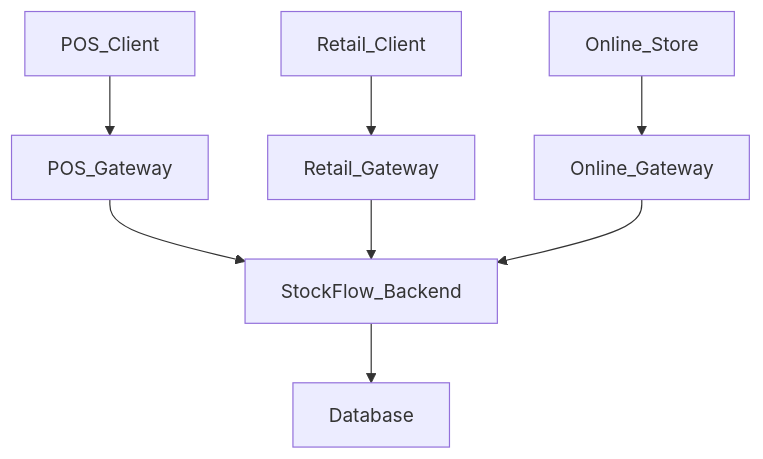
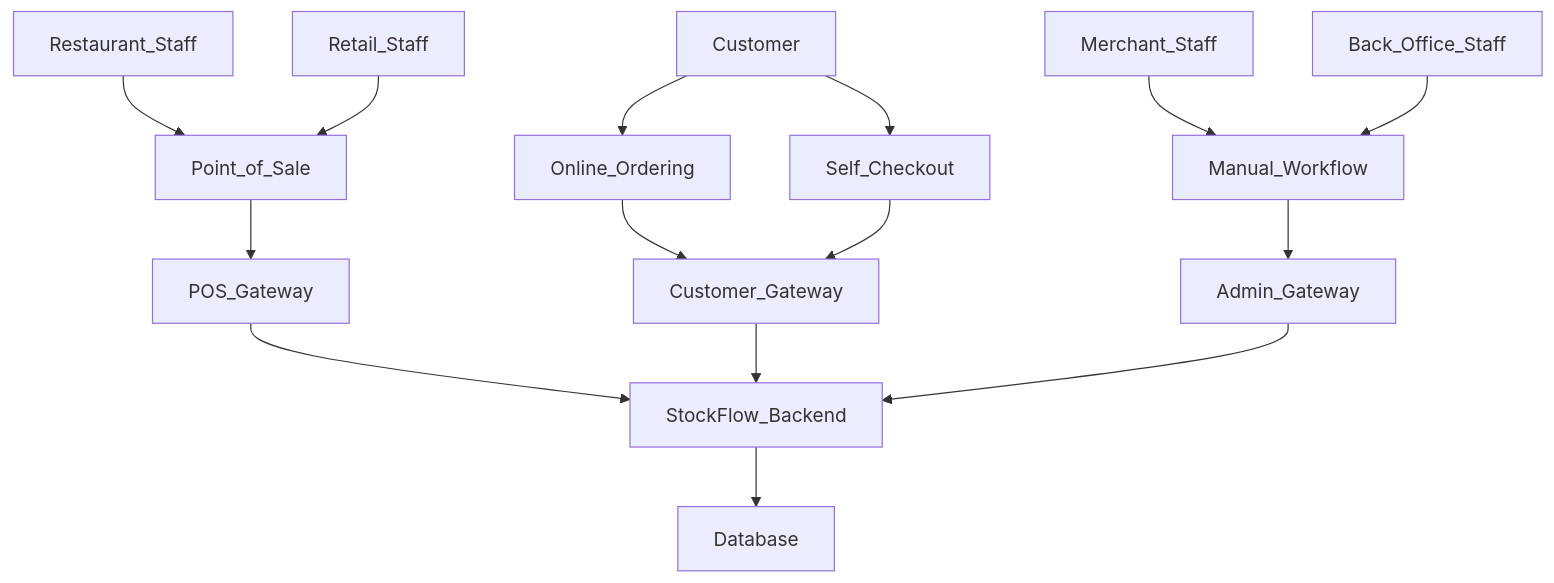
The diagram in README.md (va4815/stockflow-docs), drawn with Mermaid before and after one commit. The commit also changed other lines of this file and 2 other files, not shown here.

Commit message:
docs: updated user workflows and gateway design

````diff
--- a/README.md
+++ b/README.md
@@ -22,11 +22,19 @@
 ```mermaid
   flowchart TD;
-    POS_Client --> POS_Gateway;
-    Retail_Client --> Retail_Gateway;
-    Online_Store --> Online_Gateway;
+    Restaurant_Staff --> Point_of_Sale;
+    Retail_Staff --> Point_of_Sale;
+    Customer --> Online_Ordering;
+    Customer --> Self_Checkout;
+    Merchant_Staff --> Manual_Workflow;
+    Back_Office_Staff --> Manual_Workflow;
+
+    Point_of_Sale --> POS_Gateway;
+    Online_Ordering --> Customer_Gateway;
+    Self_Checkout --> Customer_Gateway;
+    Manual_Workflow --> Admin_Gateway;
 
     POS_Gateway --> StockFlow_Backend;
-    Retail_Gateway --> StockFlow_Backend;
-    Online_Gateway --> StockFlow_Backend;
+    Customer_Gateway --> StockFlow_Backend;
+    Admin_Gateway --> StockFlow_Backend;
     StockFlow_Backend --> Database;
 ```
````
